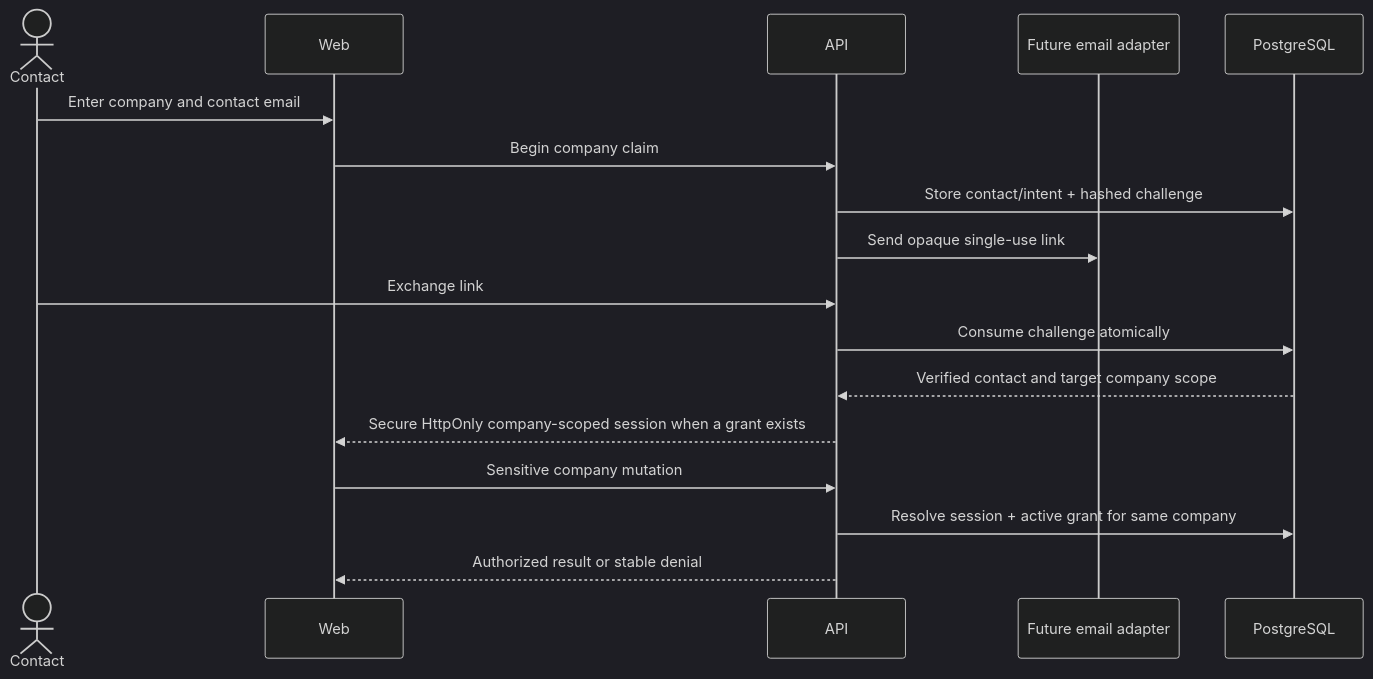
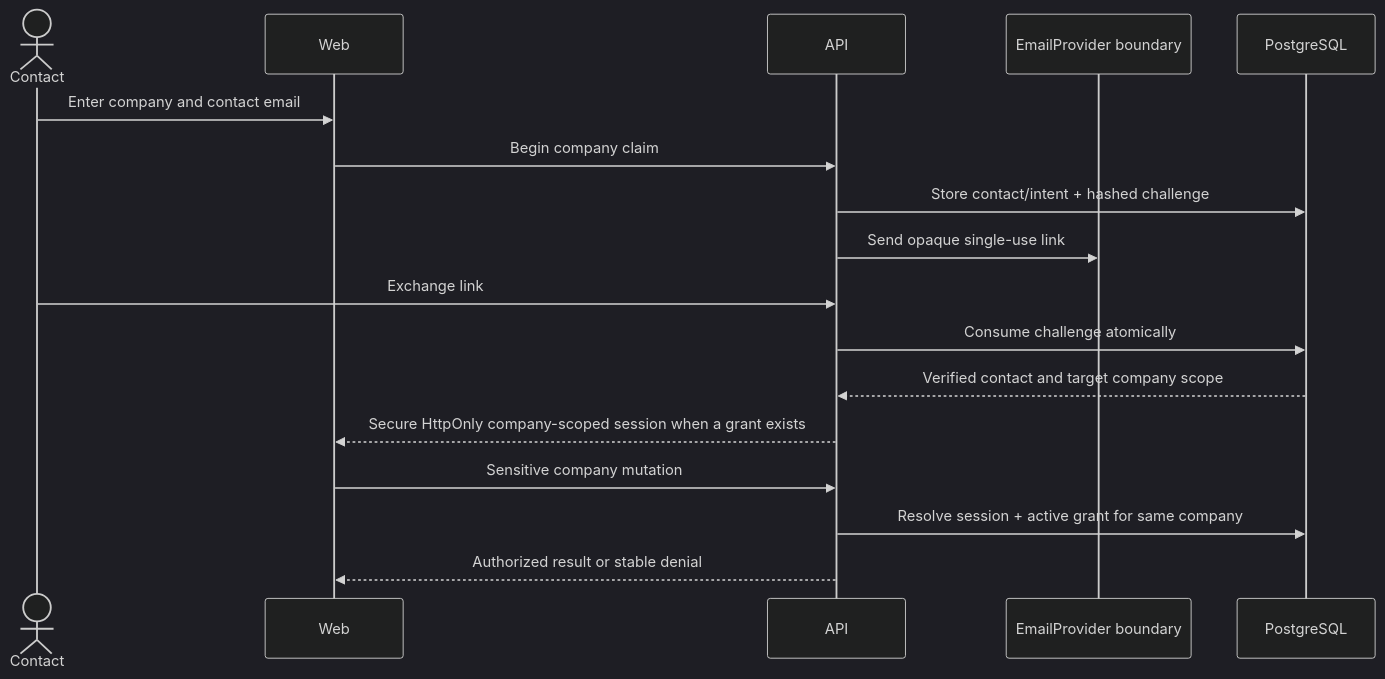
Before and after one commit to ren0777/takeover-platform: the second of 8 diagrams in docs/ARCHITECTURE.md, drawn with Mermaid (dark theme). The commit also changed other lines of this file and 5 other files, not shown here.

````diff
--- a/docs/ARCHITECTURE.md
+++ b/docs/ARCHITECTURE.md
@@ -64,19 +69,19 @@
 ```mermaid
 sequenceDiagram
   actor Contact
   participant Web
   participant API
-  participant Email as Future email adapter
+  participant Email as EmailProvider boundary
   participant DB as PostgreSQL
   Contact->>Web: Enter company and contact email
   Web->>API: Begin company claim
   API->>DB: Store contact/intent + hashed challenge
   API->>Email: Send opaque single-use link
   Contact->>API: Exchange link
   API->>DB: Consume challenge atomically
   DB-->>API: Verified contact and target company scope
   API-->>Web: Secure HttpOnly company-scoped session when a grant exists
   Web->>API: Sensitive company mutation
   API->>DB: Resolve session + active grant for same company
   API-->>Web: Authorized result or stable denial
 ```
````
